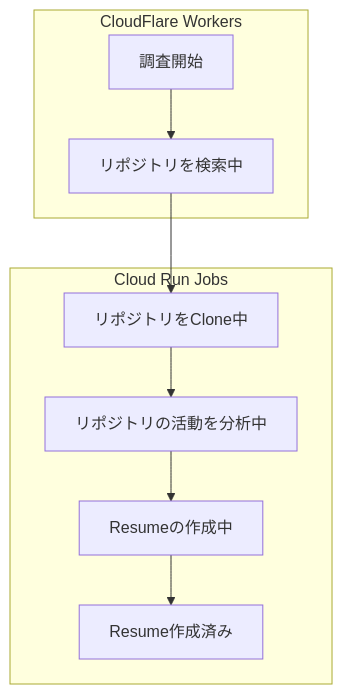
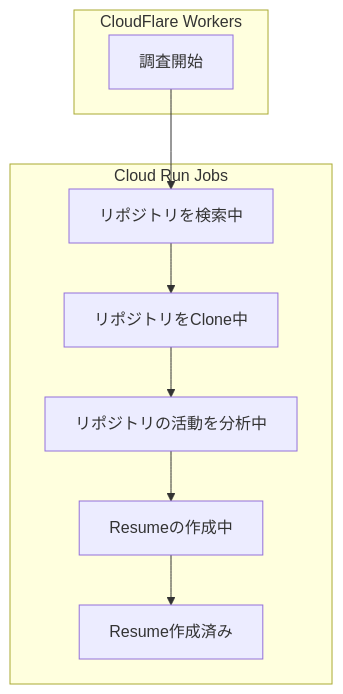
One commit to ToyB0x/git-resume changed the diagram in docs/epic/3.job/ARCHITECTURE.md. Above: the diagram before and after it, drawn with Mermaid. The commit also changed other lines of this file and 1 other file, not shown here.

Commit message:
docs: update architecture and progress documentation for local development setup

````diff
--- a/docs/epic/3.job/ARCHITECTURE.md
+++ b/docs/epic/3.job/ARCHITECTURE.md
@@ -28,20 +36,20 @@
 ```mermaid
 graph TD
     A[調査開始] --> B[リポジトリを検索中]
     B --> C[リポジトリをClone中]
     C --> D[リポジトリの活動を分析中]
     D --> E[Resumeの作成中]
     E --> F[Resume作成済み]
     
     subgraph "CloudFlare Workers"
     A
-    B
     end
     
     subgraph "Cloud Run Jobs"
+    B
     C
     D
     E
     F
     end
 ```
````
